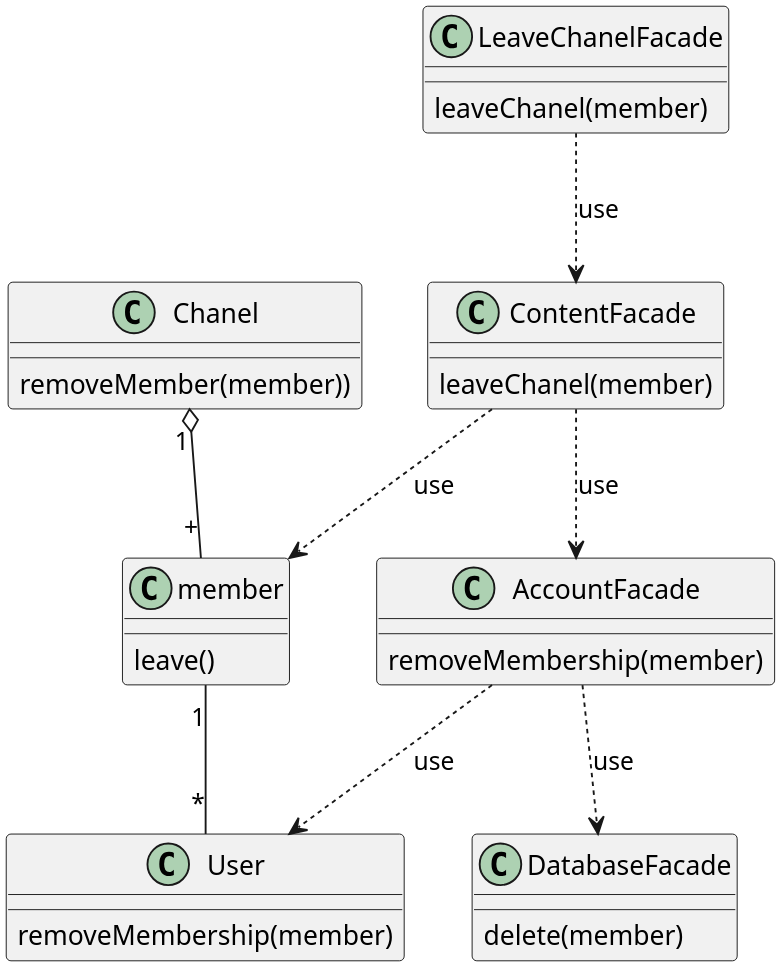
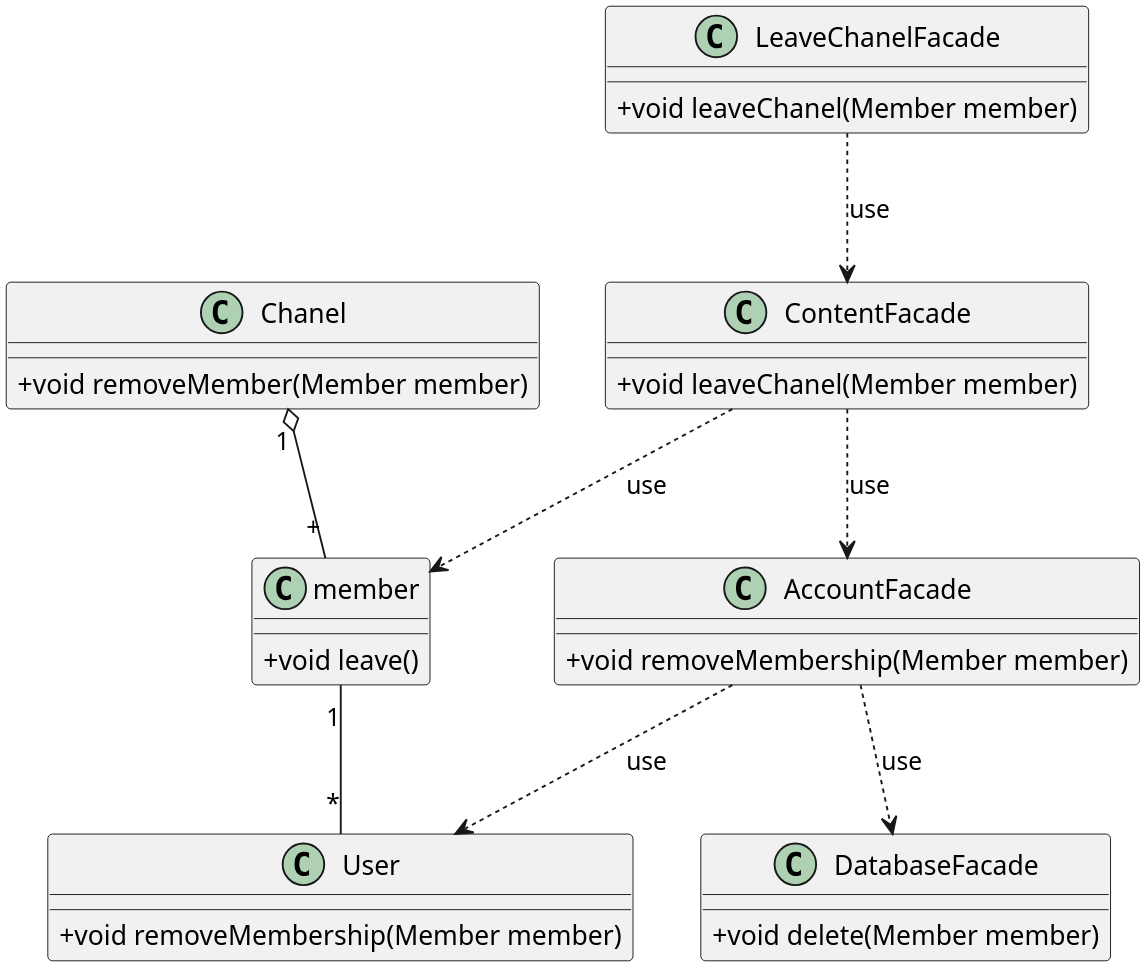
One commit to soleyman79/Qasedak changed the diagram in Diagrams/Design Class/LeaveChanel.puml. Above: the diagram before and after it, drawn with PlantUML.

Commit message:
LeaveChannel: add type and privacy

```diff
--- a/Diagrams/Design Class/LeaveChanel.puml
+++ b/Diagrams/Design Class/LeaveChanel.puml
@@ -1,45 +1,45 @@
 @startuml leave_chanel
 
 
 scale 3
 skinparam DefaultFontName B Nazanin
-
+skinparam classAttributeIconSize 0
 
 class "Chanel" as chanel {
-    removeMember(member))
+    +void removeMember(Member member)
 }
 
 class "member" as member {
-    leave()
+    +void leave()
 }
 
 class "User" as user {
-    removeMembership(member)
+    +void removeMembership(Member member)
 }
 
 class LeaveChanelFacade {
-    leaveChanel(member)
+    +void leaveChanel(Member member)
 }
 
 class ContentFacade {
-    leaveChanel(member)
+    +void leaveChanel(Member member)
 }
 
 class AccountFacade {
-    removeMembership(member)
+    +void removeMembership(Member member)
 }
 
 class DatabaseFacade {
-    delete(member)
+    +void delete(Member member)
 }
 
 member "1" -- "*" user
 chanel "    1" o-- "    +" member
 ContentFacade ..> AccountFacade :use
 ContentFacade ..> member :use
 LeaveChanelFacade ..> ContentFacade :use
 AccountFacade ..> user :use
 AccountFacade ..> DatabaseFacade :use
 
 
 @enduml
```
